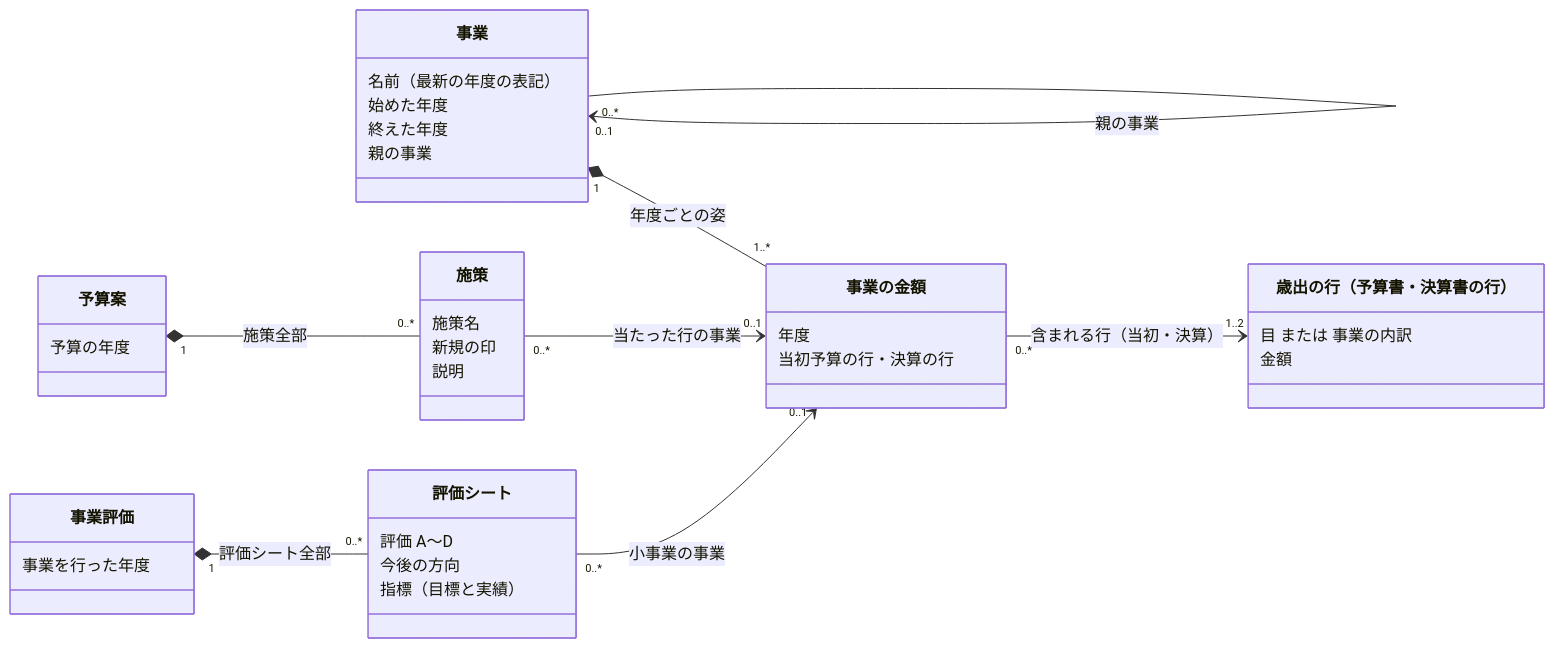
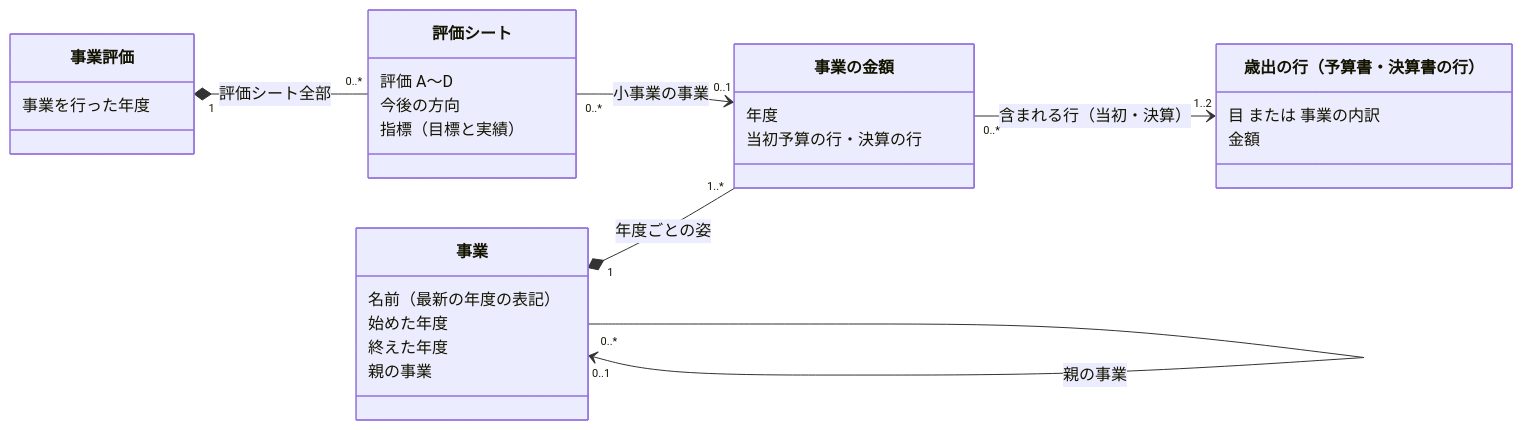
One commit to fudoki-hensansitu/fudoki changed the diagram in docs/prd/jurisdiction-page-data/project-domain-model.md. Above: the diagram before and after it, drawn with Mermaid. The commit also changed other lines of this file and 201 other files, not shown here.

````diff
--- a/docs/prd/jurisdiction-page-data/project-domain-model.md
+++ b/docs/prd/jurisdiction-page-data/project-domain-model.md
@@ -18,41 +17,31 @@
 ```mermaid
 classDiagram
     direction LR
     class Project["事業"] {
         名前（最新の年度の表記）
         始めた年度
         終えた年度
         親の事業
     }
     class ProjectYear["事業の金額"] {
         年度
         当初予算の行・決算の行
     }
     class Expenditure["歳出の行（予算書・決算書の行）"] {
         目 または 事業の内訳
         金額
     }
     class EvaluationRoot["事業評価"] {
         事業を行った年度
     }
     class Evaluation["評価シート"] {
         評価 A〜D
         今後の方向
         指標（目標と実績）
     }
-    class BudgetRoot["予算案"] {
-        予算の年度
-    }
-    class Measure["施策"] {
-        施策名
-        新規の印
-        説明
-    }
     Project "1" *-- "1..*" ProjectYear : 年度ごとの姿
     Project "0..1" <-- "0..*" Project : 親の事業
     ProjectYear "0..*" --> "1..2" Expenditure : 含まれる行（当初・決算）
     EvaluationRoot "1" *-- "0..*" Evaluation : 評価シート全部
     Evaluation "0..*" --> "0..1" ProjectYear : 小事業の事業
-    BudgetRoot "1" *-- "0..*" Measure : 施策全部
-    Measure "0..*" --> "0..1" ProjectYear : 当たった行の事業
 ```
````
